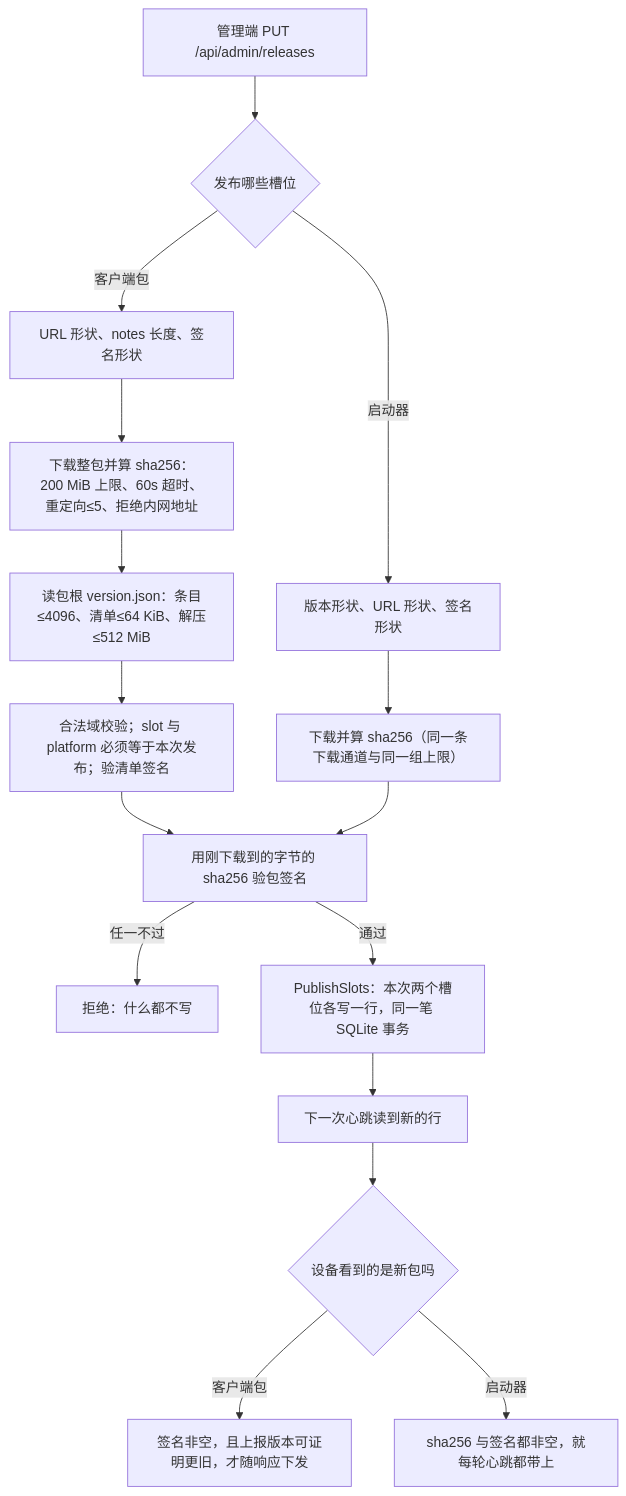
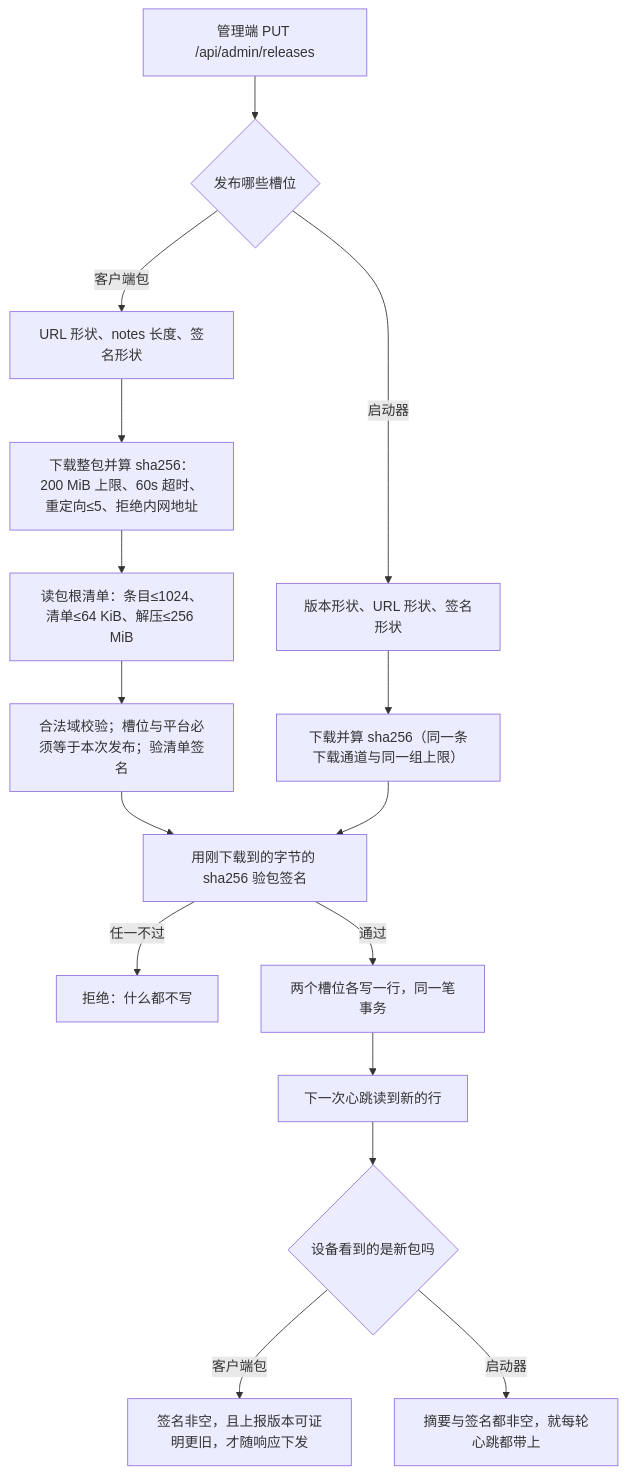
One commit to hm-service/mesh-server changed the third of 6 diagrams in docs/states.md. Above: the diagram before and after it, drawn with Mermaid. The commit also changed other lines of this file and 33 other files, not shown here.

````diff
--- a/docs/states.md
+++ b/docs/states.md
@@ -93,18 +100,18 @@
 ```mermaid
 flowchart TD
   A["管理端 PUT /api/admin/releases"] --> B{"发布哪些槽位"}
   B -- 客户端包 --> C["URL 形状、notes 长度、签名形状"]
   C --> D["下载整包并算 sha256：200 MiB 上限、60s 超时、重定向≤5、拒绝内网地址"]
-  D --> E["读包根 version.json：条目≤4096、清单≤64 KiB、解压≤512 MiB"]
-  E --> F["合法域校验；slot 与 platform 必须等于本次发布；验清单签名"]
+  D --> E["读包根清单：条目≤1024、清单≤64 KiB、解压≤256 MiB"]
+  E --> F["合法域校验；槽位与平台必须等于本次发布；验清单签名"]
   F --> G["用刚下载到的字节的 sha256 验包签名"]
   B -- 启动器 --> H["版本形状、URL 形状、签名形状"]
   H --> I["下载并算 sha256（同一条下载通道与同一组上限）"]
   I --> G
   G -- 任一不过 --> J["拒绝：什么都不写"]
-  G -- 通过 --> K["PublishSlots：本次两个槽位各写一行，同一笔 SQLite 事务"]
+  G -- 通过 --> K["两个槽位各写一行，同一笔事务"]
   K --> L["下一次心跳读到新的行"]
   L --> M{"设备看到的是新包吗"}
   M -- 客户端包 --> N["签名非空，且上报版本可证明更旧，才随响应下发"]
-  M -- 启动器 --> O["sha256 与签名都非空，就每轮心跳都带上"]
+  M -- 启动器 --> O["摘要与签名都非空，就每轮心跳都带上"]
 ```
````
